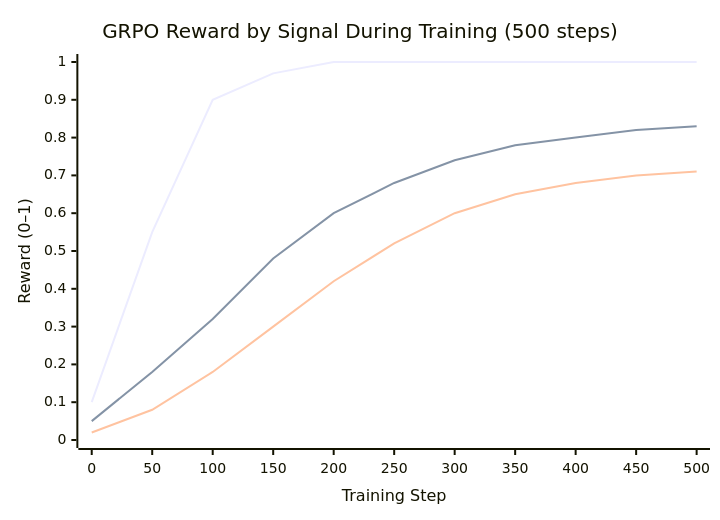
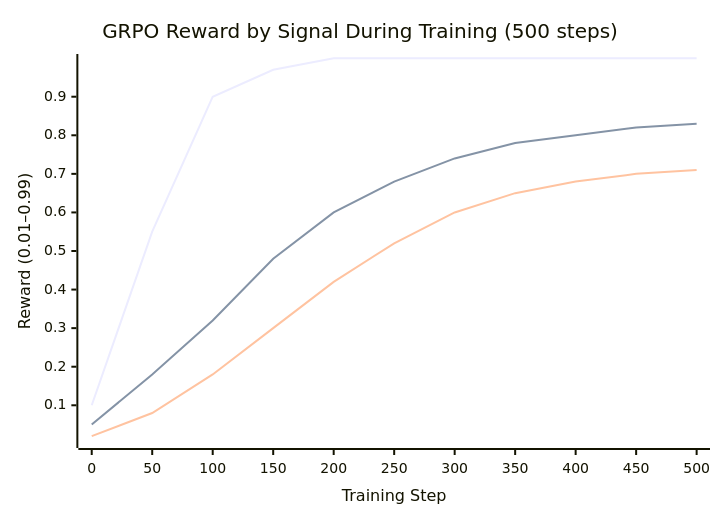
One commit to Ankitpatil944/blackout-city changed the ninth of 11 diagrams in README.md. Above: the diagram before and after it, drawn with Mermaid. The commit also changed other lines of this file and 2 other files, not shown here.

Commit message:
readme update

````diff
--- a/README.md
+++ b/README.md
@@ -385,9 +385,9 @@
 ```mermaid
 xychart-beta
     title "GRPO Reward by Signal During Training (500 steps)"
     x-axis "Training Step" [0, 50, 100, 150, 200, 250, 300, 350, 400, 450, 500]
-    y-axis "Reward (0–1)" 0 --> 1
+    y-axis "Reward (0.01–0.99)" 0.01 --> 0.99
     line [0.10, 0.55, 0.90, 0.97, 1.00, 1.00, 1.00, 1.00, 1.00, 1.00, 1.00]
     line [0.05, 0.18, 0.32, 0.48, 0.60, 0.68, 0.74, 0.78, 0.80, 0.82, 0.83]
     line [0.02, 0.08, 0.18, 0.30, 0.42, 0.52, 0.60, 0.65, 0.68, 0.70, 0.71]
 ```
````
